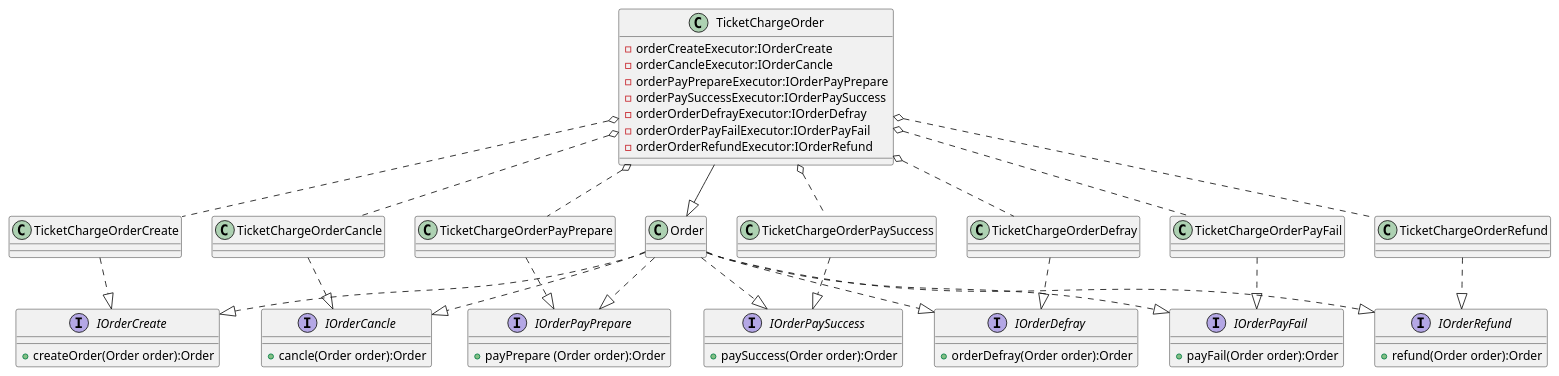
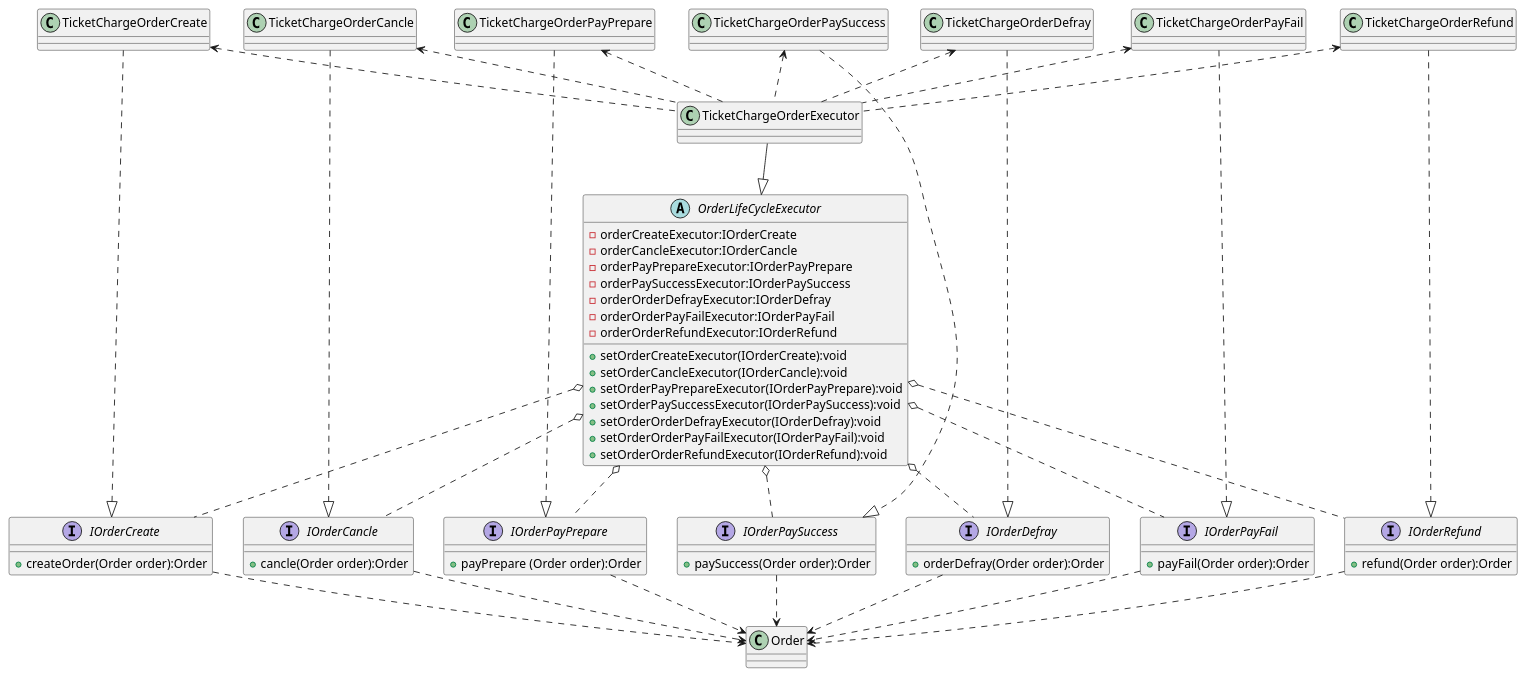
The diagram in design-pattern/src/main/java/wr1ttenyu/f1nal/study/designpattern/pattern23/strategy/order.puml (wr1ttenyu/f1nal), drawn with PlantUML before and after one commit. The commit also changed 13 other files, not shown here.

```diff
--- a/design-pattern/src/main/java/wr1ttenyu/f1nal/study/designpattern/pattern23/strategy/order.puml
+++ b/design-pattern/src/main/java/wr1ttenyu/f1nal/study/designpattern/pattern23/strategy/order.puml
@@ -1,66 +1,83 @@
 @startuml
 
 class Order
 
 interface IOrderCreate {
     +createOrder(Order order):Order
 }
 interface IOrderCancle {
     +cancle(Order order):Order
 }
 interface IOrderPayPrepare {
     +payPrepare (Order order):Order
 }
 interface IOrderPaySuccess {
     +paySuccess(Order order):Order
 }
 interface IOrderDefray {
     +orderDefray(Order order):Order
 }
 interface IOrderPayFail {
     +payFail(Order order):Order
 }
 interface IOrderRefund {
     +refund(Order order):Order
 }
 
-Order ..|> IOrderCreate
-Order ..|> IOrderCancle
-Order ..|> IOrderPayPrepare
-Order ..|> IOrderPaySuccess
-Order ..|> IOrderDefray
-Order ..|> IOrderPayFail
-Order ..|> IOrderRefund
+IOrderCreate ..> Order
+IOrderCancle ..> Order
+IOrderPayPrepare ..> Order
+IOrderPaySuccess ..> Order
+IOrderDefray ..> Order
+IOrderPayFail ..> Order
+IOrderRefund ..> Order
 
-TicketChargeOrder --|> Order
+TicketChargeOrderExecutor --|> OrderLifeCycleExecutor
+
+TicketChargeOrderCreate <.. TicketChargeOrderExecutor
+TicketChargeOrderCancle <.. TicketChargeOrderExecutor
+TicketChargeOrderPayPrepare <.. TicketChargeOrderExecutor
+TicketChargeOrderPaySuccess <.. TicketChargeOrderExecutor
+TicketChargeOrderDefray <.. TicketChargeOrderExecutor
+TicketChargeOrderPayFail <.. TicketChargeOrderExecutor
+TicketChargeOrderRefund <.. TicketChargeOrderExecutor
+
+OrderLifeCycleExecutor o.. IOrderCreate
+OrderLifeCycleExecutor o.. IOrderCancle
+OrderLifeCycleExecutor o.. IOrderPayPrepare
+OrderLifeCycleExecutor o.. IOrderPaySuccess
+OrderLifeCycleExecutor o.. IOrderDefray
+OrderLifeCycleExecutor o.. IOrderPayFail
+OrderLifeCycleExecutor o.. IOrderRefund
 
 TicketChargeOrderCreate ..|> IOrderCreate
 TicketChargeOrderCancle ..|> IOrderCancle
 TicketChargeOrderPayPrepare ..|> IOrderPayPrepare
 TicketChargeOrderPaySuccess ..|> IOrderPaySuccess
 TicketChargeOrderDefray ..|> IOrderDefray
 TicketChargeOrderPayFail ..|> IOrderPayFail
 TicketChargeOrderRefund ..|> IOrderRefund
 
-TicketChargeOrder o.. TicketChargeOrderCreate
-TicketChargeOrder o.. TicketChargeOrderCancle
-TicketChargeOrder o.. TicketChargeOrderPayPrepare
-TicketChargeOrder o.. TicketChargeOrderPaySuccess
-TicketChargeOrder o.. TicketChargeOrderDefray
-TicketChargeOrder o.. TicketChargeOrderPayFail
-TicketChargeOrder o.. TicketChargeOrderRefund
+class Order {
 
-class Order {
 }
 
-class TicketChargeOrder {
+abstract class OrderLifeCycleExecutor {
     -orderCreateExecutor:IOrderCreate
     -orderCancleExecutor:IOrderCancle
     -orderPayPrepareExecutor:IOrderPayPrepare
     -orderPaySuccessExecutor:IOrderPaySuccess
     -orderOrderDefrayExecutor:IOrderDefray
     -orderOrderPayFailExecutor:IOrderPayFail
     -orderOrderRefundExecutor:IOrderRefund
+
+    +setOrderCreateExecutor(IOrderCreate):void
+    +setOrderCancleExecutor(IOrderCancle):void
+    +setOrderPayPrepareExecutor(IOrderPayPrepare):void
+    +setOrderPaySuccessExecutor(IOrderPaySuccess):void
+    +setOrderOrderDefrayExecutor(IOrderDefray):void
+    +setOrderOrderPayFailExecutor(IOrderPayFail):void
+    +setOrderOrderRefundExecutor(IOrderRefund):void
 }
 
 @enduml
```
